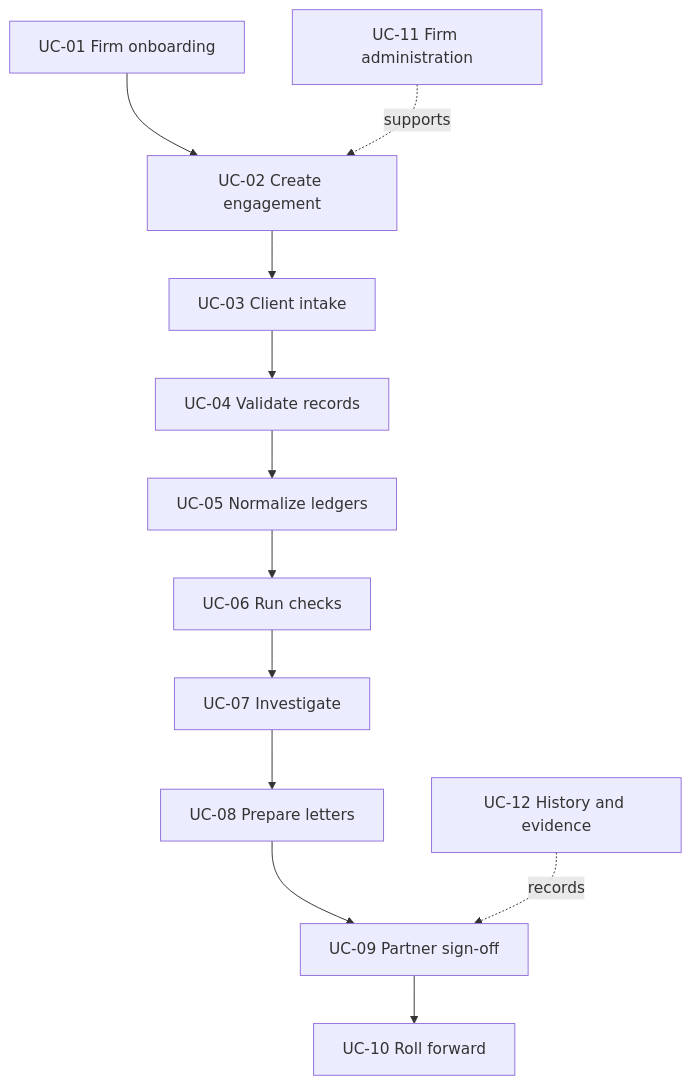
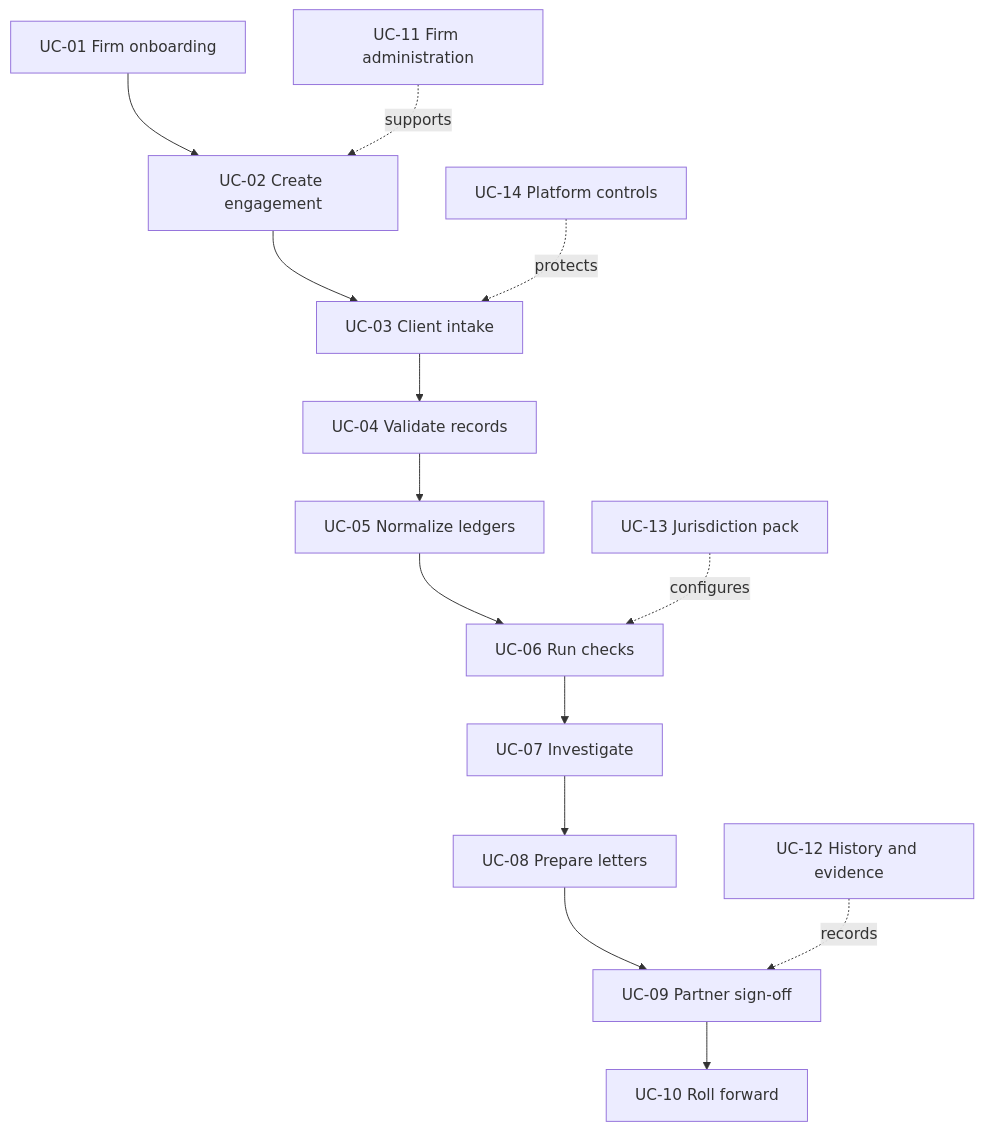
Before and after one commit to alokrathava/audit-intelligence-docs-site: the diagram in docs/use-cases/index.md, drawn with Mermaid. The commit also changed other lines of this file and 11 other files, not shown here.

````diff
--- a/docs/use-cases/index.md
+++ b/docs/use-cases/index.md
@@ -20,14 +20,16 @@
 ```mermaid
 flowchart TD
   A["UC-01 Firm onboarding"] --> B["UC-02 Create engagement"]
   B --> C["UC-03 Client intake"]
   C --> D["UC-04 Validate records"]
   D --> E["UC-05 Normalize ledgers"]
   E --> F["UC-06 Run checks"]
   F --> G["UC-07 Investigate"]
   G --> H["UC-08 Prepare letters"]
   H --> I["UC-09 Partner sign-off"]
   I --> J["UC-10 Roll forward"]
   K["UC-11 Firm administration"] -. supports .-> B
   L["UC-12 History and evidence"] -. records .-> I
+  M["UC-13 Jurisdiction pack"] -. configures .-> F
+  N["UC-14 Platform controls"] -. protects .-> C
 ```
````
